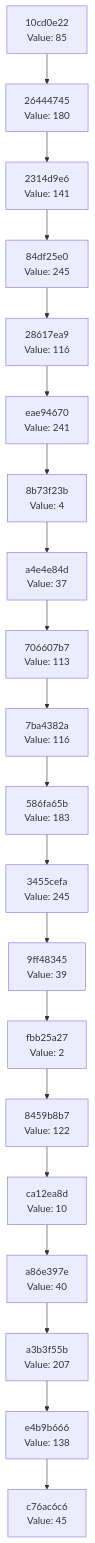
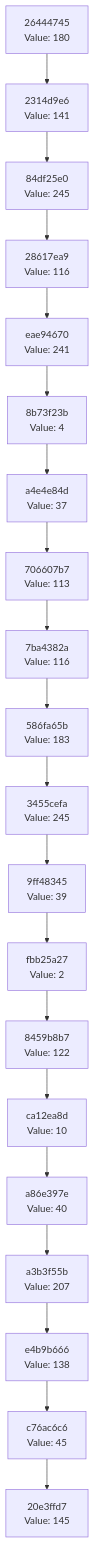
One commit to Abhisheksinha1506/hash-chain-evolver changed the diagram in docs/CHAIN_VISUALIZATION.md. Above: the diagram before and after it, drawn with Mermaid. The commit also changed 1 other file, not shown here.

Commit message:
Evolution Step

````diff
--- a/docs/CHAIN_VISUALIZATION.md
+++ b/docs/CHAIN_VISUALIZATION.md
@@ -3,42 +3,42 @@
 ```mermaid
 graph TD
-    C0["c76ac6c6<br/>Value: 45"]
-    C1["e4b9b666<br/>Value: 138"]
+    C0["20e3ffd7<br/>Value: 145"]
+    C1["c76ac6c6<br/>Value: 45"]
     C1 --> C0
-    C2["a3b3f55b<br/>Value: 207"]
+    C2["e4b9b666<br/>Value: 138"]
     C2 --> C1
-    C3["a86e397e<br/>Value: 40"]
+    C3["a3b3f55b<br/>Value: 207"]
     C3 --> C2
-    C4["ca12ea8d<br/>Value: 10"]
+    C4["a86e397e<br/>Value: 40"]
     C4 --> C3
-    C5["8459b8b7<br/>Value: 122"]
+    C5["ca12ea8d<br/>Value: 10"]
     C5 --> C4
-    C6["fbb25a27<br/>Value: 2"]
+    C6["8459b8b7<br/>Value: 122"]
     C6 --> C5
-    C7["9ff48345<br/>Value: 39"]
+    C7["fbb25a27<br/>Value: 2"]
     C7 --> C6
-    C8["3455cefa<br/>Value: 245"]
+    C8["9ff48345<br/>Value: 39"]
     C8 --> C7
-    C9["586fa65b<br/>Value: 183"]
+    C9["3455cefa<br/>Value: 245"]
     C9 --> C8
-    C10["7ba4382a<br/>Value: 116"]
+    C10["586fa65b<br/>Value: 183"]
     C10 --> C9
-    C11["706607b7<br/>Value: 113"]
+    C11["7ba4382a<br/>Value: 116"]
     C11 --> C10
-    C12["a4e4e84d<br/>Value: 37"]
+    C12["706607b7<br/>Value: 113"]
     C12 --> C11
-    C13["8b73f23b<br/>Value: 4"]
+    C13["a4e4e84d<br/>Value: 37"]
     C13 --> C12
-    C14["eae94670<br/>Value: 241"]
+    C14["8b73f23b<br/>Value: 4"]
     C14 --> C13
-    C15["28617ea9<br/>Value: 116"]
+    C15["eae94670<br/>Value: 241"]
     C15 --> C14
-    C16["84df25e0<br/>Value: 245"]
+    C16["28617ea9<br/>Value: 116"]
     C16 --> C15
-    C17["2314d9e6<br/>Value: 141"]
+    C17["84df25e0<br/>Value: 245"]
     C17 --> C16
-    C18["26444745<br/>Value: 180"]
+    C18["2314d9e6<br/>Value: 141"]
     C18 --> C17
-    C19["10cd0e22<br/>Value: 85"]
+    C19["26444745<br/>Value: 180"]
     C19 --> C18
 ```
````
